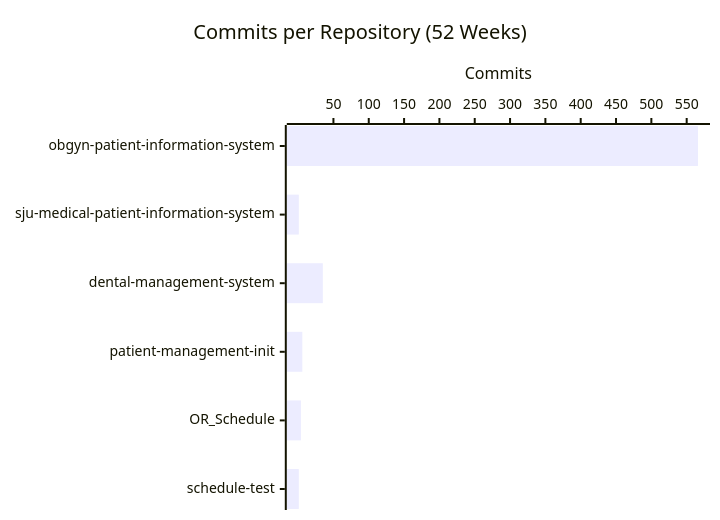
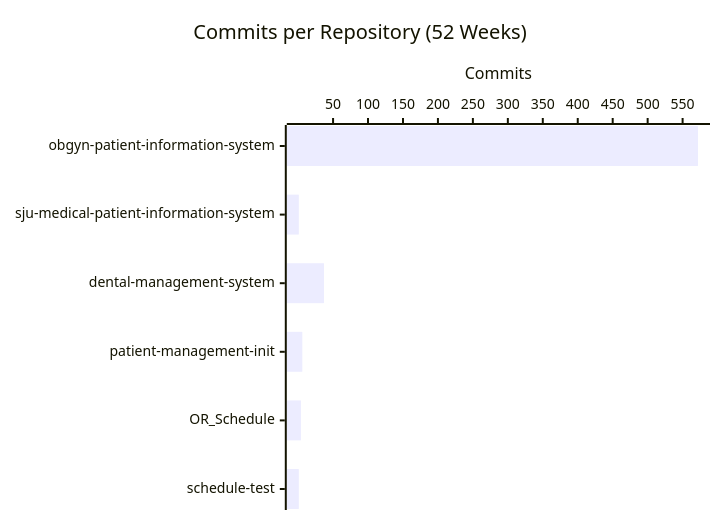
Before and after one commit to CSTH-Projects/.github: the second of 4 diagrams in profile/README.md, drawn with Mermaid. The commit also changed other lines of this file, not shown here.

````diff
--- a/profile/README.md
+++ b/profile/README.md
@@ -24,7 +24,7 @@
 ```mermaid
 xychart-beta horizontal
     title "Commits per Repository (52 Weeks)"
     x-axis ["obgyn-patient-information-system", "sju-medical-patient-information-system", "dental-management-system", "patient-management-init", "OR_Schedule", "schedule-test"]
     y-axis "Commits"
-    bar [566, 1, 35, 6, 4, 1]
+    bar [572, 1, 37, 6, 4, 1]
 ```
````
